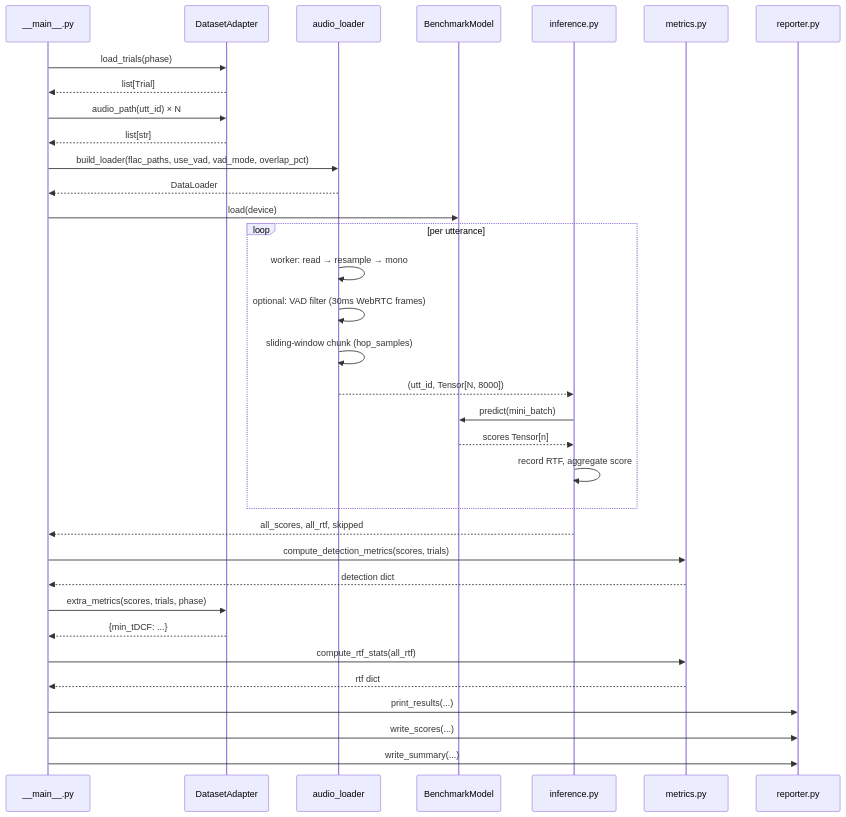
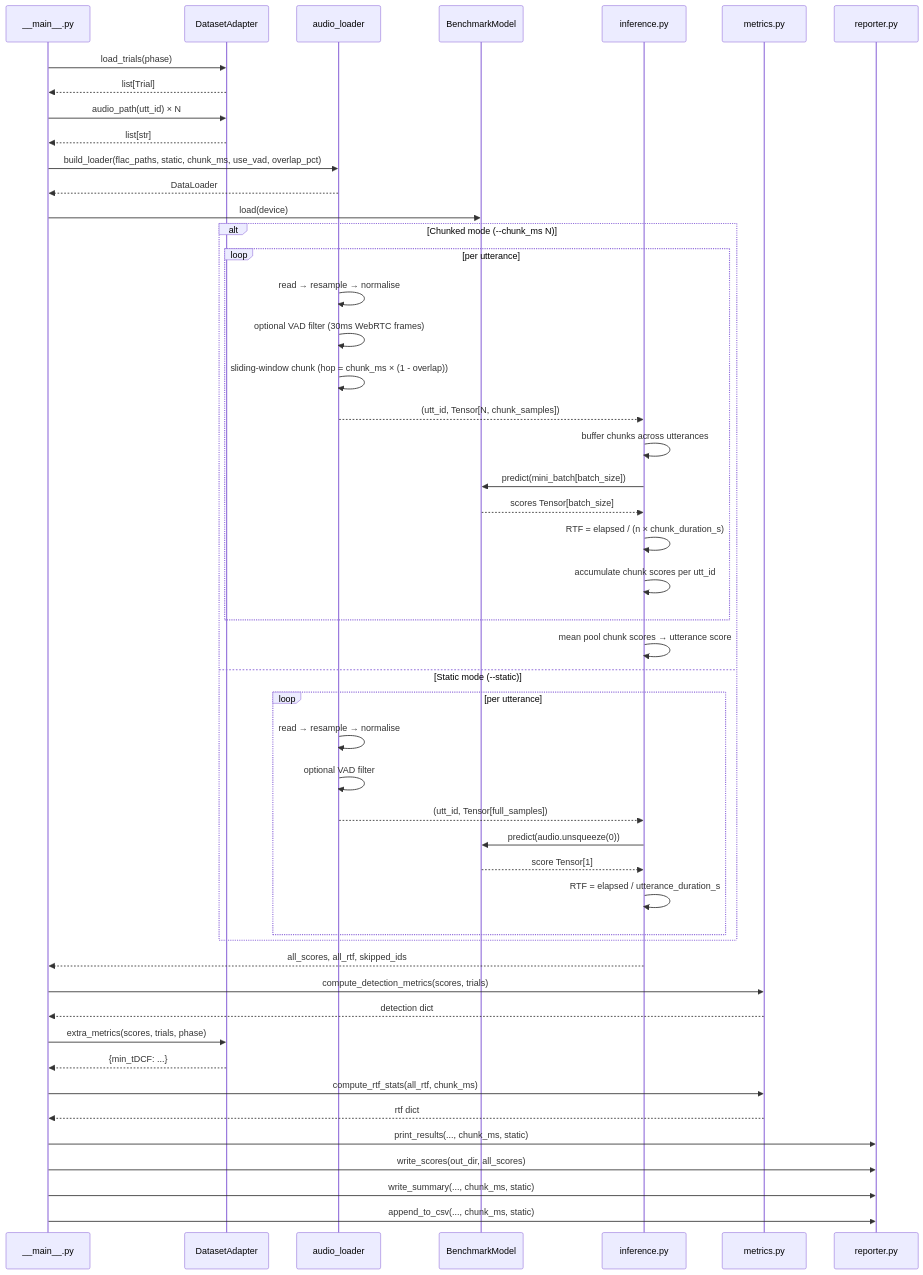
The second of 2 diagrams in docs/architecture/benchmarking_pipeline.md (MeNMaHomies/filterpass), drawn with Mermaid before and after one commit. The commit also changed other lines of this file and 15 other files, not shown here.

````diff
--- a/docs/architecture/benchmarking_pipeline.md
+++ b/docs/architecture/benchmarking_pipeline.md
@@ -167,46 +216,61 @@
 ```mermaid
 sequenceDiagram
     participant CLI as __main__.py
     participant DA as DatasetAdapter
     participant AL as audio_loader
     participant MA as BenchmarkModel
     participant INF as inference.py
     participant MET as metrics.py
     participant REP as reporter.py
 
     CLI->>DA: load_trials(phase)
     DA-->>CLI: list[Trial]
 
     CLI->>DA: audio_path(utt_id) × N
     DA-->>CLI: list[str]
 
-    CLI->>AL: build_loader(flac_paths, use_vad, vad_mode, overlap_pct)
+    CLI->>AL: build_loader(flac_paths, static, chunk_ms, use_vad, overlap_pct)
     AL-->>CLI: DataLoader
 
     CLI->>MA: load(device)
 
-    loop per utterance
-        AL->>AL: worker: read → resample → mono
-        AL->>AL: optional: VAD filter (30ms WebRTC frames)
-        AL->>AL: sliding-window chunk (hop_samples)
-        AL-->>INF: (utt_id, Tensor[N, 8000])
-        INF->>MA: predict(mini_batch)
-        MA-->>INF: scores Tensor[n]
-        INF->>INF: record RTF, aggregate score
+    alt Chunked mode (--chunk_ms N)
+        loop per utterance
+            AL->>AL: read → resample → normalise
+            AL->>AL: optional VAD filter (30ms WebRTC frames)
+            AL->>AL: sliding-window chunk (hop = chunk_ms × (1 - overlap))
+            AL-->>INF: (utt_id, Tensor[N, chunk_samples])
+            INF->>INF: buffer chunks across utterances
+            INF->>MA: predict(mini_batch[batch_size])
+            MA-->>INF: scores Tensor[batch_size]
+            INF->>INF: RTF = elapsed / (n × chunk_duration_s)
+            INF->>INF: accumulate chunk scores per utt_id
+        end
+        INF->>INF: mean pool chunk scores → utterance score
+    else Static mode (--static)
+        loop per utterance
+            AL->>AL: read → resample → normalise
+            AL->>AL: optional VAD filter
+            AL-->>INF: (utt_id, Tensor[full_samples])
+            INF->>MA: predict(audio.unsqueeze(0))
+            MA-->>INF: score Tensor[1]
+            INF->>INF: RTF = elapsed / utterance_duration_s
+        end
     end
 
-    INF-->>CLI: all_scores, all_rtf, skipped
+    INF-->>CLI: all_scores, all_rtf, skipped_ids
 
     CLI->>MET: compute_detection_metrics(scores, trials)
     MET-->>CLI: detection dict
 
     CLI->>DA: extra_metrics(scores, trials, phase)
     DA-->>CLI: {min_tDCF: ...}
 
-    CLI->>MET: compute_rtf_stats(all_rtf)
+    CLI->>MET: compute_rtf_stats(all_rtf, chunk_ms)
     MET-->>CLI: rtf dict
 
-    CLI->>REP: print_results(...)
-    CLI->>REP: write_scores(...)
-    CLI->>REP: write_summary(...)
+    CLI->>REP: print_results(..., chunk_ms, static)
+    CLI->>REP: write_scores(out_dir, all_scores)
+    CLI->>REP: write_summary(..., chunk_ms, static)
+    CLI->>REP: append_to_csv(..., chunk_ms, static)
 ```
````
